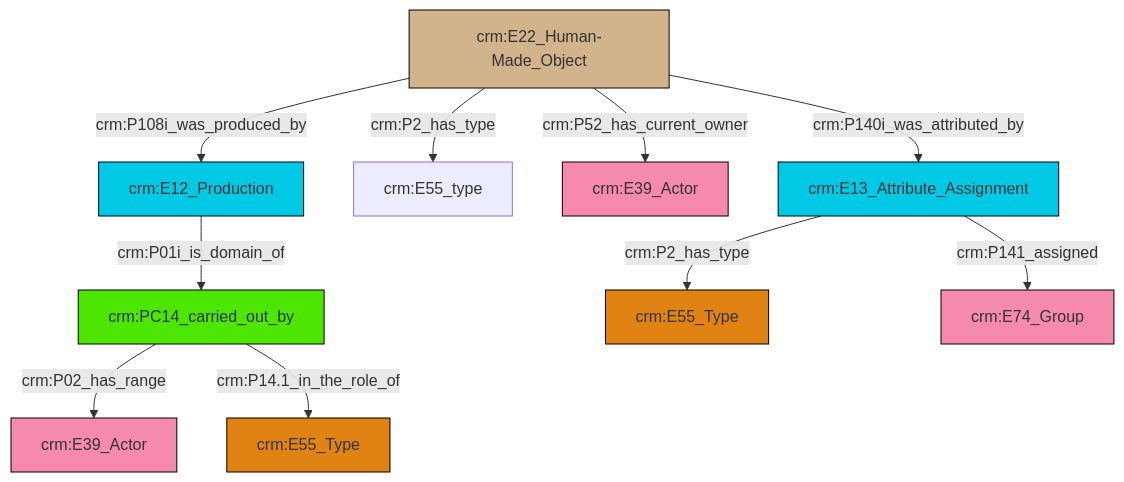
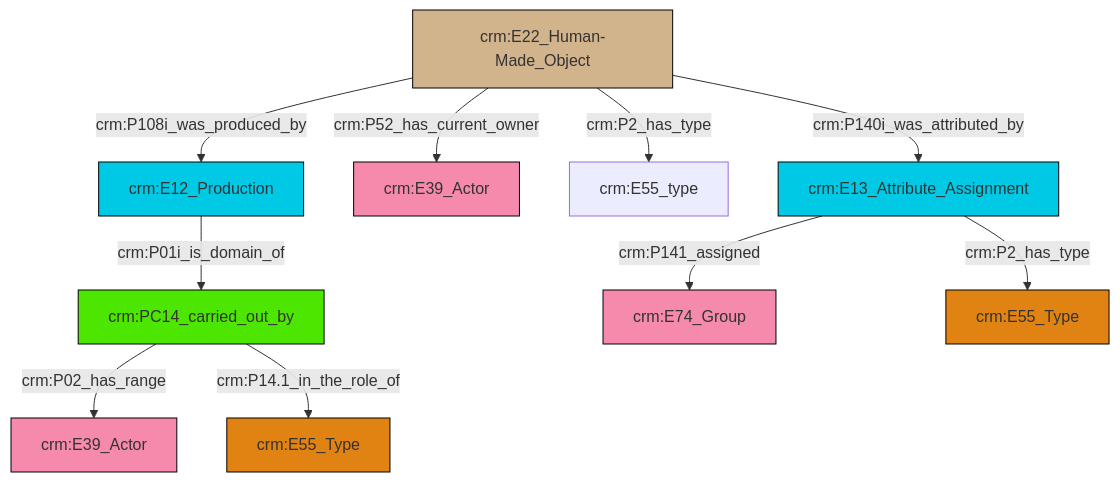
One commit to swiss-art-research-net/reference-data-models changed the diagram in et/builtWorkCSV/ttl/mmd/Built_Work_actor_relations.ttl.mmd. Above: the diagram before and after it, drawn with Mermaid. The commit also changed 126 other files, not shown here.

```diff
--- a/et/builtWorkCSV/ttl/mmd/Built_Work_actor_relations.ttl.mmd
+++ b/et/builtWorkCSV/ttl/mmd/Built_Work_actor_relations.ttl.mmd
@@ -1,24 +1,24 @@
 graph TD
 classDef Literal fill:#f2f2f2,stroke:#000000;
 classDef CRM_Entity fill:#FFFFFF,stroke:#000000;
 classDef Temporal_Entity fill:#00C9E6, stroke:#000000;
 classDef Type fill:#E18312, stroke:#000000;
 classDef Time-Span fill:#2C9C91, stroke:#000000;
 classDef Appellation fill:#FFEB7F, stroke:#000000;
 classDef Place fill:#008836, stroke:#000000;
 classDef Persistent_Item fill:#B266B2, stroke:#000000;
 classDef Conceptual_Object fill:#FFD700, stroke:#000000;
 classDef Physical_Thing fill:#D2B48C, stroke:#000000;
 classDef Actor fill:#f58aad, stroke:#000000;
 classDef PC_Classes fill:#4ce600, stroke:#000000;
 classDef Multi fill:#cccccc,stroke:#000000;
 
+0["crm:E13_Attribute_Assignment"]:::Temporal_Entity -->|crm:P141_assigned| 1["crm:E74_Group"]:::Actor
 2["crm:PC14_carried_out_by"]:::PC_Classes -->|crm:P02_has_range| 3["crm:E39_Actor"]:::Actor
-4["crm:E13_Attribute_Assignment"]:::Temporal_Entity -->|crm:P2_has_type| 5["crm:E55_Type"]:::Type
-0["crm:E22_Human-Made_Object"]:::Physical_Thing -->|crm:P52_has_current_owner| 11["crm:E39_Actor"]:::Actor
-0["crm:E22_Human-Made_Object"]:::Physical_Thing -->|crm:P2_has_type| 9["crm:E55_type"]:::Default
-15["crm:E12_Production"]:::Temporal_Entity -->|crm:P01i_is_domain_of| 2["crm:PC14_carried_out_by"]:::PC_Classes
-4["crm:E13_Attribute_Assignment"]:::Temporal_Entity -->|crm:P141_assigned| 6["crm:E74_Group"]:::Actor
-0["crm:E22_Human-Made_Object"]:::Physical_Thing -->|crm:P140i_was_attributed_by| 4["crm:E13_Attribute_Assignment"]:::Temporal_Entity
-0["crm:E22_Human-Made_Object"]:::Physical_Thing -->|crm:P108i_was_produced_by| 15["crm:E12_Production"]:::Temporal_Entity
-2["crm:PC14_carried_out_by"]:::PC_Classes -->|crm:P14.1_in_the_role_of| 12["crm:E55_Type"]:::Type
+4["crm:E22_Human-Made_Object"]:::Physical_Thing -->|crm:P108i_was_produced_by| 5["crm:E12_Production"]:::Temporal_Entity
+4["crm:E22_Human-Made_Object"]:::Physical_Thing -->|crm:P52_has_current_owner| 6["crm:E39_Actor"]:::Actor
+5["crm:E12_Production"]:::Temporal_Entity -->|crm:P01i_is_domain_of| 2["crm:PC14_carried_out_by"]:::PC_Classes
+2["crm:PC14_carried_out_by"]:::PC_Classes -->|crm:P14.1_in_the_role_of| 7["crm:E55_Type"]:::Type
+0["crm:E13_Attribute_Assignment"]:::Temporal_Entity -->|crm:P2_has_type| 9["crm:E55_Type"]:::Type
+4["crm:E22_Human-Made_Object"]:::Physical_Thing -->|crm:P2_has_type| 16["crm:E55_type"]:::Default
+4["crm:E22_Human-Made_Object"]:::Physical_Thing -->|crm:P140i_was_attributed_by| 0["crm:E13_Attribute_Assignment"]:::Temporal_Entity
```
